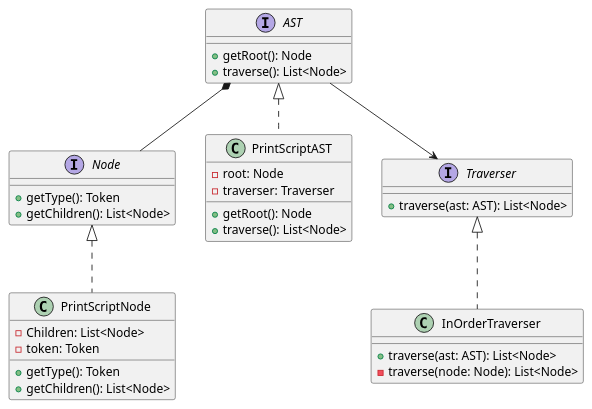
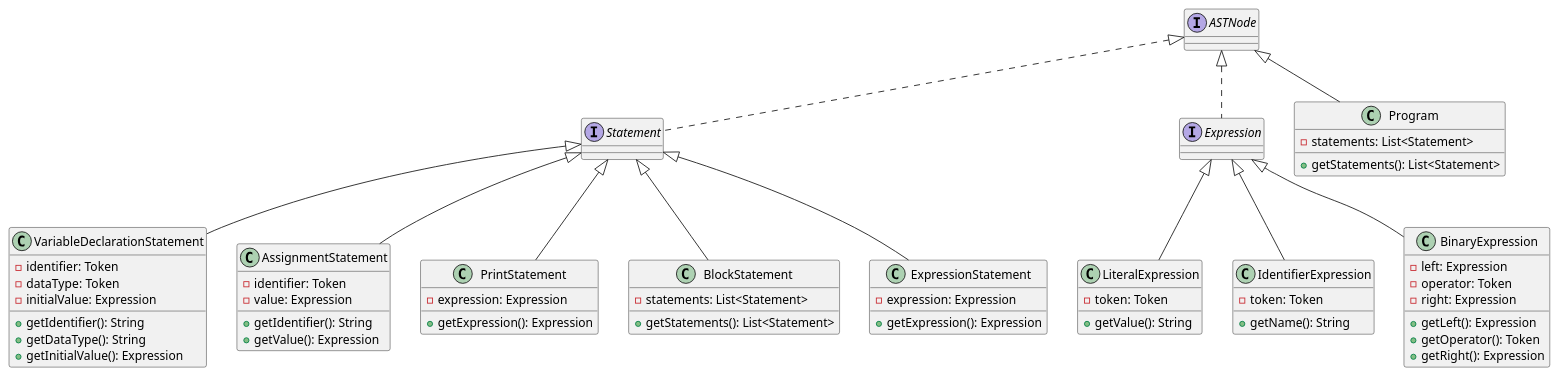
One commit to TEF-Austral/PrintScript changed the diagram in doc/diagrams/AST.puml. Above: the diagram before and after it, drawn with PlantUML. The commit also changed 2 other files, not shown here.

Commit message:
Refactor AST structure to use lists of nodes; introduce new expression and statement classes for improved AST representation

```diff
--- a/doc/diagrams/AST.puml
+++ b/doc/diagrams/AST.puml
@@ -1,40 +1,77 @@
 @startuml
 
-interface Node {
-  +getType(): Token
-  +getChildren(): List<Node>
+interface ASTNode
+
+interface Statement
+interface Expression
+
+class LiteralExpression {
+    -token: Token
+    +getValue(): String
 }
 
-class PrintScriptNode implements Node {
-  -Children: List<Node>
-  -token: Token
-
-  +getType(): Token
-  +getChildren(): List<Node>
+class IdentifierExpression {
+    -token: Token
+    +getName(): String
 }
 
-interface AST {
-   +getRoot(): Node
-   +traverse(): List<Node>
+class BinaryExpression {
+    -left: Expression
+    -operator: Token
+    -right: Expression
+    +getLeft(): Expression
+    +getOperator(): Token
+    +getRight(): Expression
 }
 
-class PrintScriptAST implements AST{
-   -root: Node
-   -traverser: Traverser
-   +getRoot(): Node
-   +traverse(): List<Node>
+class VariableDeclarationStatement {
+    -identifier: Token
+    -dataType: Token
+    -initialValue: Expression
+    +getIdentifier(): String
+    +getDataType(): String
+    +getInitialValue(): Expression
 }
 
-interface Traverser {
-  +traverse(ast: AST): List<Node>
+class AssignmentStatement {
+    -identifier: Token
+    -value: Expression
+    +getIdentifier(): String
+    +getValue(): Expression
 }
 
-class InOrderTraverser implements Traverser {
-  +traverse(ast: AST): List<Node>
-  -traverse(node: Node): List<Node>
+class PrintStatement {
+    -expression: Expression
+    +getExpression(): Expression
 }
 
-AST --> Traverser
-AST *-- Node
+class BlockStatement {
+    -statements: List<Statement>
+    +getStatements(): List<Statement>
+}
+
+class ExpressionStatement {
+    -expression: Expression
+    +getExpression(): Expression
+}
+
+class Program {
+    -statements: List<Statement>
+    +getStatements(): List<Statement>
+}
+
+
+ASTNode <|.. Statement
+ASTNode <|.. Expression
+Expression <|-- LiteralExpression
+Expression <|-- IdentifierExpression
+Expression <|-- BinaryExpression
+Statement <|-- VariableDeclarationStatement
+Statement <|-- AssignmentStatement
+Statement <|-- PrintStatement
+Statement <|-- BlockStatement
+Statement <|-- ExpressionStatement
+ASTNode <|-- Program
+
 
 @enduml
```
